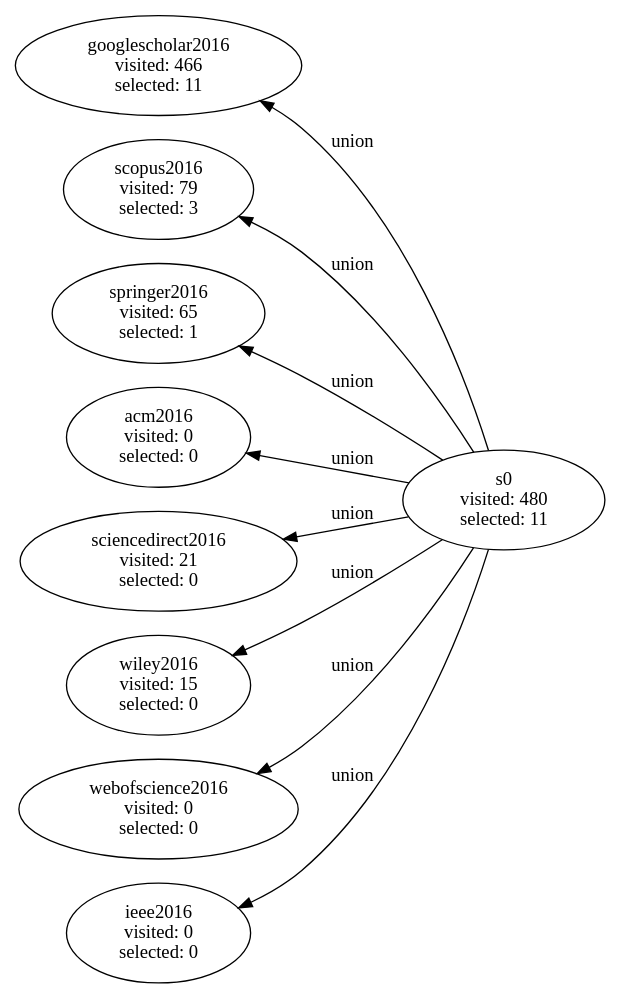
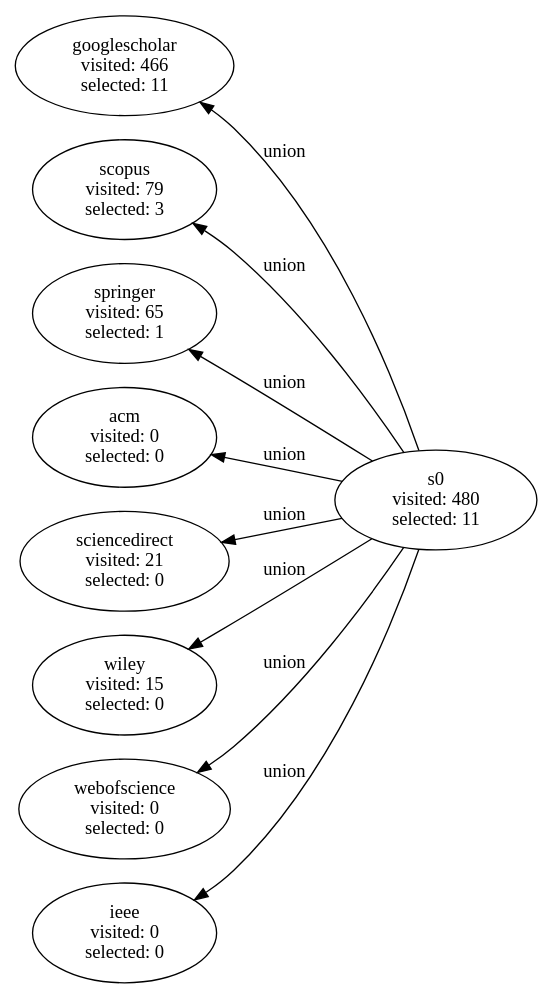
One commit to gems-uff/hybrid-strategies changed the diagram in experiments/experiment_3/notebooks/final.dot. Above: the diagram before and after it, drawn with Graphviz. The commit also changed 9 other files, not shown here.

```diff
--- a/experiments/experiment_3/notebooks/final.dot
+++ b/experiments/experiment_3/notebooks/final.dot
@@ -1,30 +1,30 @@
 digraph G {
   rankdir="RL";
 
   s0 [label="s0\n visited: 480\n selected: 11"];
-  s0 -> googlescholar2016 [label="union"];
-  s0 -> scopus2016 [label="union"];
-  s0 -> springer2016 [label="union"];
-  s0 -> acm2016 [label="union"];
-  s0 -> sciencedirect2016 [label="union"];
-  s0 -> wiley2016 [label="union"];
-  s0 -> webofscience2016 [label="union"];
-  s0 -> ieee2016 [label="union"];
+  s0 -> googlescholar [label="union"];
+  s0 -> scopus [label="union"];
+  s0 -> springer [label="union"];
+  s0 -> acm [label="union"];
+  s0 -> sciencedirect [label="union"];
+  s0 -> wiley [label="union"];
+  s0 -> webofscience [label="union"];
+  s0 -> ieee [label="union"];
 
-  googlescholar2016 [label="googlescholar2016\n visited: 466\n selected: 11"];
+  googlescholar [label="googlescholar\n visited: 466\n selected: 11"];
 
-  scopus2016 [label="scopus2016\n visited: 79\n selected: 3"];
+  scopus [label="scopus\n visited: 79\n selected: 3"];
 
-  springer2016 [label="springer2016\n visited: 65\n selected: 1"];
+  springer [label="springer\n visited: 65\n selected: 1"];
 
-  acm2016 [label="acm2016\n visited: 0\n selected: 0"];
+  acm [label="acm\n visited: 0\n selected: 0"];
 
-  sciencedirect2016 [label="sciencedirect2016\n visited: 21\n selected: 0"];
+  sciencedirect [label="sciencedirect\n visited: 21\n selected: 0"];
 
-  wiley2016 [label="wiley2016\n visited: 15\n selected: 0"];
+  wiley [label="wiley\n visited: 15\n selected: 0"];
 
-  webofscience2016 [label="webofscience2016\n visited: 0\n selected: 0"];
+  webofscience [label="webofscience\n visited: 0\n selected: 0"];
 
-  ieee2016 [label="ieee2016\n visited: 0\n selected: 0"];
+  ieee [label="ieee\n visited: 0\n selected: 0"];
 
 }
```
